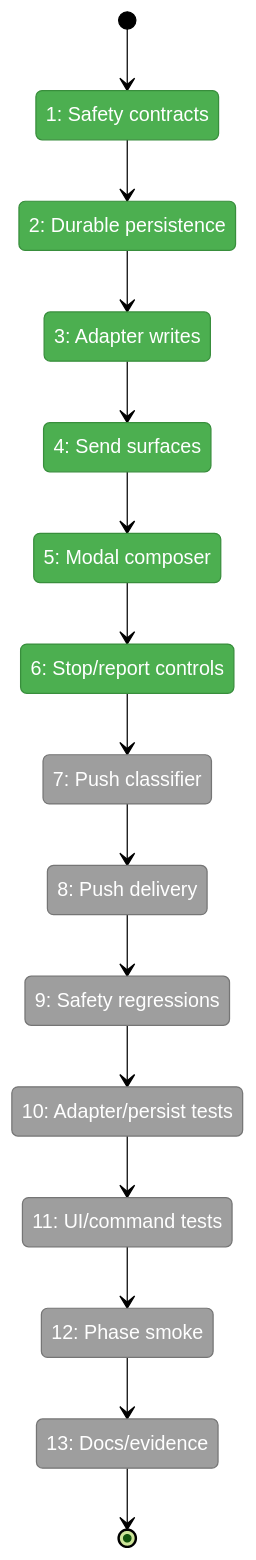
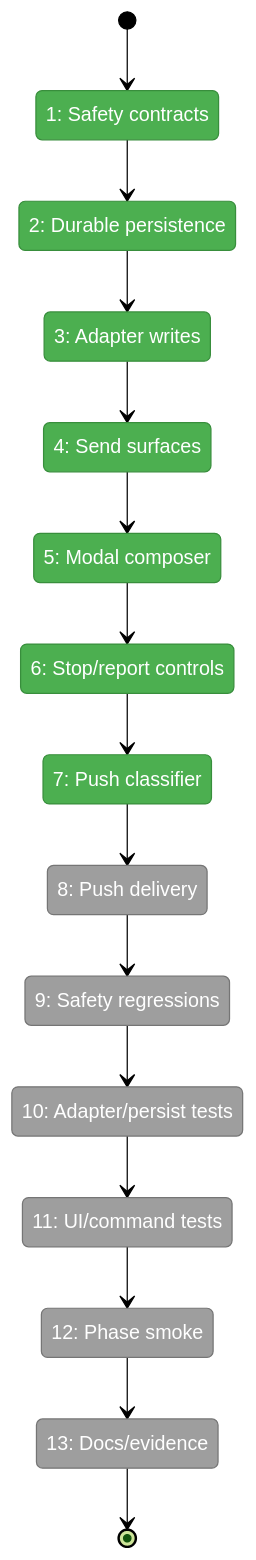
The first of 2 diagrams in docs/plans/007-options-for-pi-extensions-that-do-subagents/tasks/phase-3-interaction-push-context-and-hardening/tasks.fltplan.md (vaughanknight/pij), drawn with Mermaid (forest theme) before and after one commit. The commit also changed other lines of this file and 4 other files, not shown here.

````diff
--- a/docs/plans/007-options-for-pi-extensions-that-do-subagents/tasks/phase-3-interaction-push-context-and-hardening/tasks.fltplan.md
+++ b/docs/plans/007-options-for-pi-extensions-that-do-subagents/tasks/phase-3-interaction-push-context-and-hardening/tasks.fltplan.md
@@ -43,39 +43,39 @@
 ```mermaid
 stateDiagram-v2
     classDef pending fill:#9E9E9E,stroke:#757575,color:#fff
     classDef active fill:#FFC107,stroke:#FFA000,color:#000
     classDef done fill:#4CAF50,stroke:#388E3C,color:#fff
     classDef blocked fill:#F44336,stroke:#D32F2F,color:#fff
 
     state "1: Safety contracts" as S1
     state "2: Durable persistence" as S2
     state "3: Adapter writes" as S3
     state "4: Send surfaces" as S4
     state "5: Modal composer" as S5
     state "6: Stop/report controls" as S6
     state "7: Push classifier" as S7
     state "8: Push delivery" as S8
     state "9: Safety regressions" as S9
     state "10: Adapter/persist tests" as S10
     state "11: UI/command tests" as S11
     state "12: Phase smoke" as S12
     state "13: Docs/evidence" as S13
 
     [*] --> S1
     S1 --> S2
     S2 --> S3
     S3 --> S4
     S4 --> S5
     S5 --> S6
     S6 --> S7
     S7 --> S8
     S8 --> S9
     S9 --> S10
     S10 --> S11
     S11 --> S12
     S12 --> S13
     S13 --> [*]
 
-    class S1,S2,S3,S4,S5,S6 done
-    class S7,S8,S9,S10,S11,S12,S13 pending
+    class S1,S2,S3,S4,S5,S6,S7 done
+    class S8,S9,S10,S11,S12,S13 pending
 ```
````
